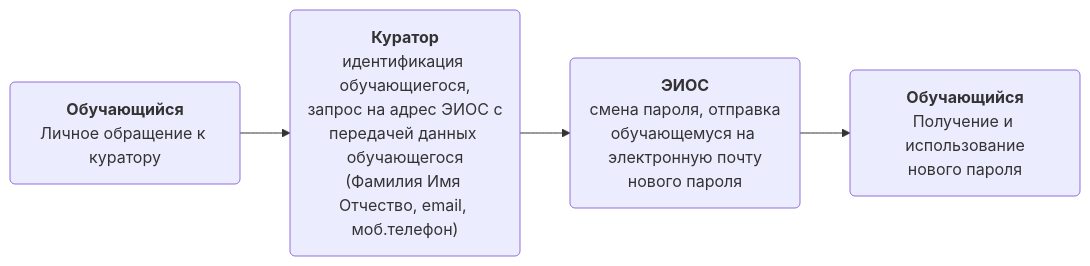
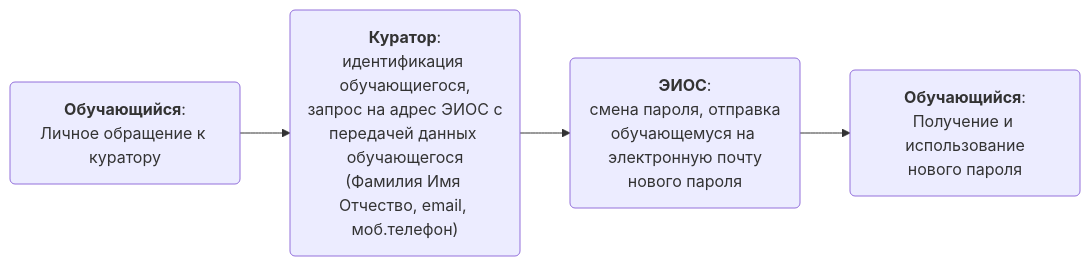
The fourth of 9 diagrams in docs/student.md (zoyter/eios-docs), drawn with Mermaid before and after one commit. The commit also changed other lines of this file and 12 other files, not shown here.

````diff
--- a/docs/student.md
+++ b/docs/student.md
@@ -80,24 +80,24 @@
 ```mermaid
 flowchart LR
-    dep_student("`**Обучающийся**
+    dep_student("`**Обучающийся**:
     Личное обращение к куратору`") 
 
-    dep_curator("`**Куратор**
+    dep_curator("`**Куратор**:
     идентификация обучающиегося,
     запрос на адрес ЭИОС с
     передачей данных обучающегося
     (Фамилия Имя Отчество, email, моб.телефон)`")
       
-    dep_it("`**ЭИОС**
+    dep_it("`**ЭИОС**:
       смена пароля, отправка
       обучающемуся на электронную почту
       нового пароля`")
     
-    dep_student2("`**Обучающийся**
+    dep_student2("`**Обучающийся**:
     Получение и использование
     нового пароля`")     
     
     dep_student-->dep_curator
     dep_curator-->dep_it
     dep_it-->dep_student2
 ```
````
